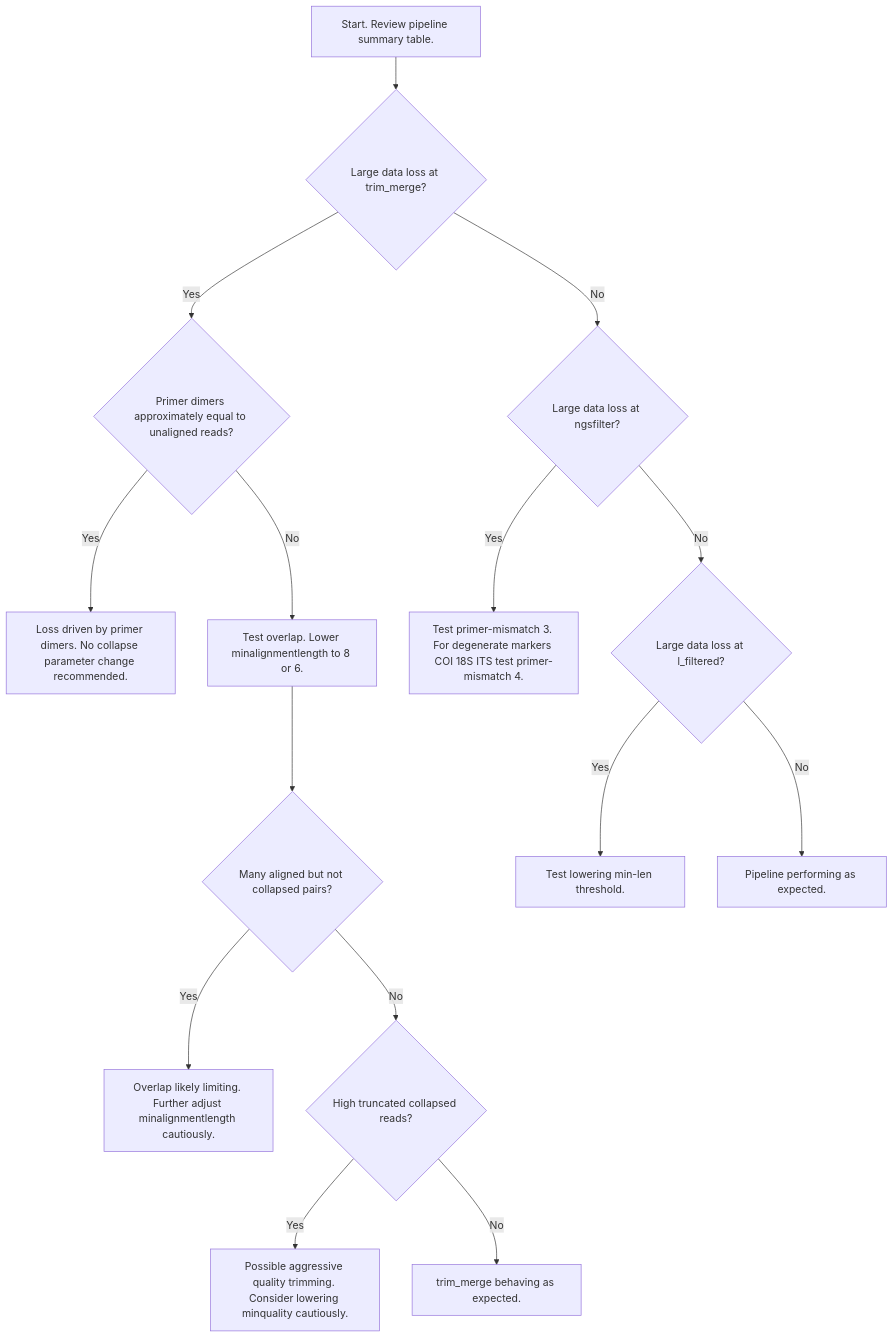
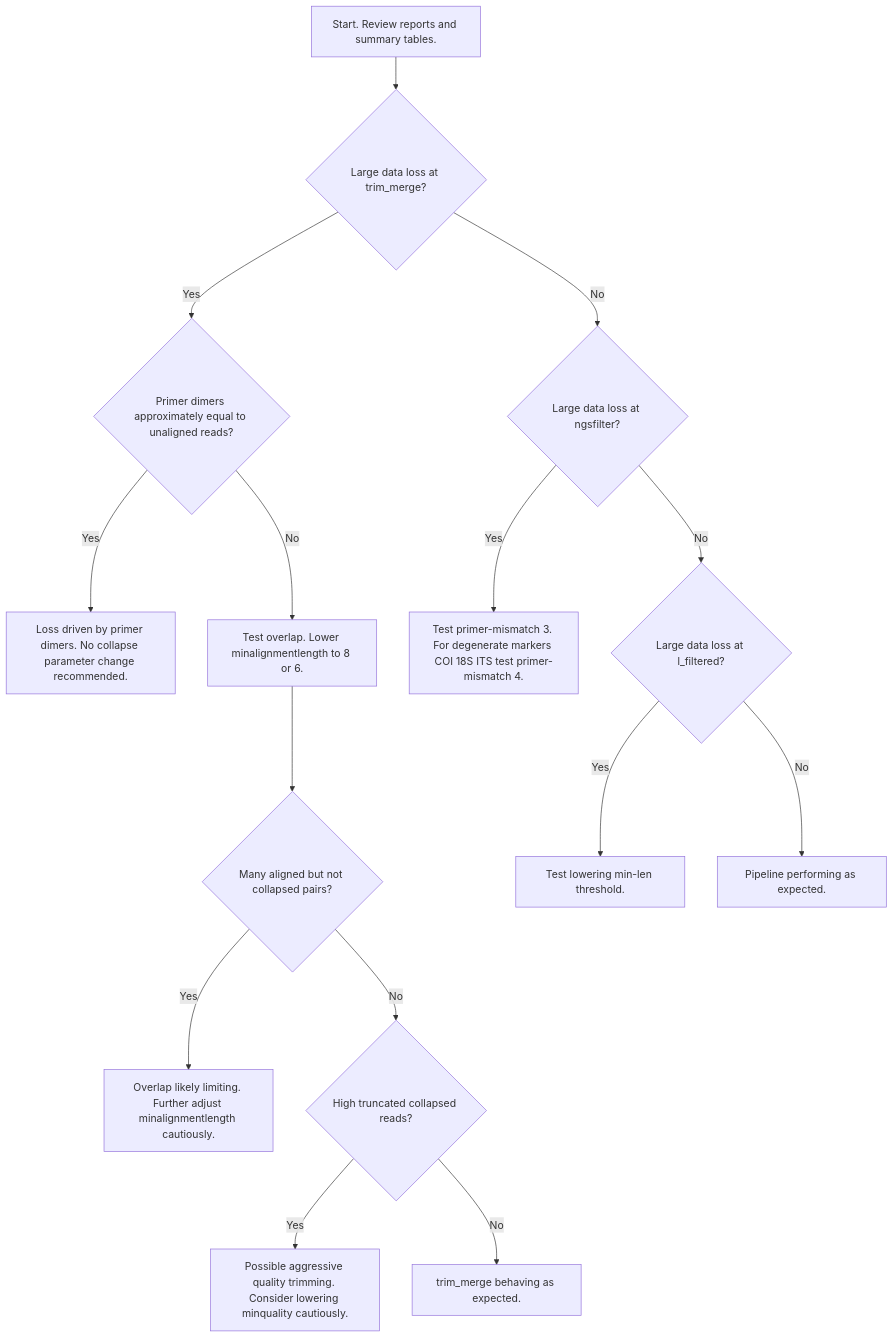
One commit to ericgarciaresearch/RAMeN changed the diagram in README.md. Above: the diagram before and after it, drawn with Mermaid. The commit also changed other lines of this file, not shown here.

````diff
--- a/README.md
+++ b/README.md
@@ -944,32 +944,32 @@
 ```mermaid
 flowchart TD
 
 
-A[Start. Review pipeline summary table.] --> B{Large data loss at trim_merge?}
+A[Start. Review reports and summary tables.] --> B{Large data loss at trim_merge?}
 
 B -- Yes --> C{Primer dimers approximately equal to unaligned reads?}
 
 C -- Yes --> D[Loss driven by primer dimers. No collapse parameter change recommended.]
 
 C -- No --> E[Test overlap. Lower minalignmentlength to 8 or 6.]
 
 E --> F{Many aligned but not collapsed pairs?}
 
 F -- Yes --> G[Overlap likely limiting. Further adjust minalignmentlength cautiously.]
 
 F -- No --> H{High truncated collapsed reads?}
 
 H -- Yes --> I[Possible aggressive quality trimming. Consider lowering minquality cautiously.]
 
 H -- No --> J[trim_merge behaving as expected.]
 
 B -- No --> K{Large data loss at ngsfilter?}
 
 K -- Yes --> L[Test primer-mismatch 3. For degenerate markers COI 18S ITS test primer-mismatch 4.]
 
 K -- No --> M{Large data loss at l_filtered?}
 
 M -- Yes --> N[Test lowering min-len threshold.]
 
 M -- No --> O[Pipeline performing as expected.]
 ```
````
